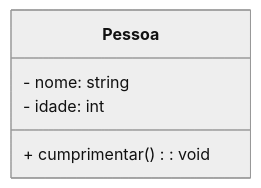
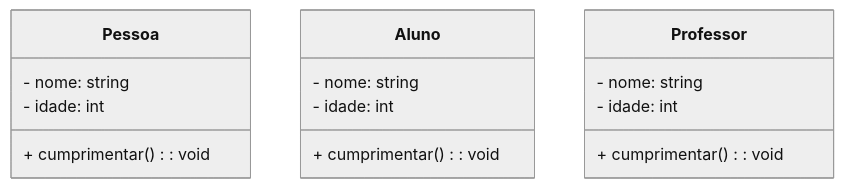
The diagram in gianluca.md (gianluca-berria/poojavaceub-grupo9), drawn with Mermaid (neutral theme) before and after one commit.

````diff
--- a/gianluca.md
+++ b/gianluca.md
@@ -1,8 +1,18 @@
 ```mermaid
 classDiagram
   class Pessoa {
     - nome: string
     - idade: int
     + cumprimentar(): void
   }
+class Aluno {
+    - nome: string
+    - idade: int
+    + cumprimentar(): void
+  }
+class Professor {
+    - nome: string
+    - idade: int
+    + cumprimentar(): void
+  }
 ```
````
